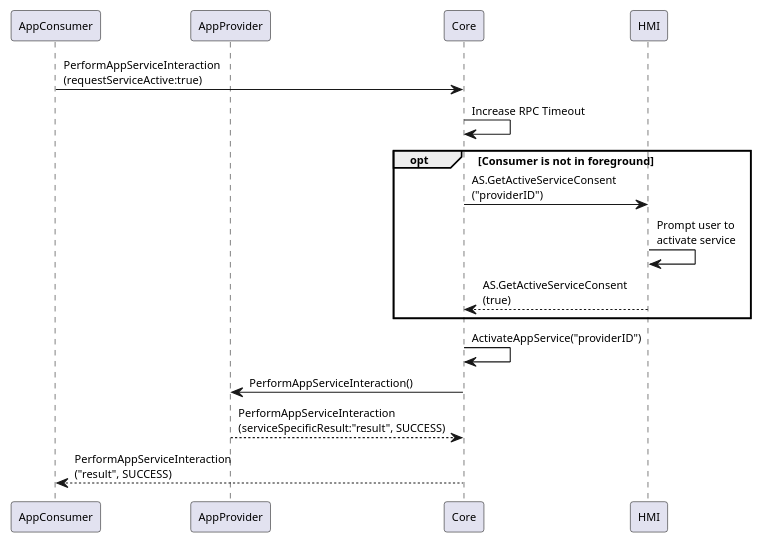
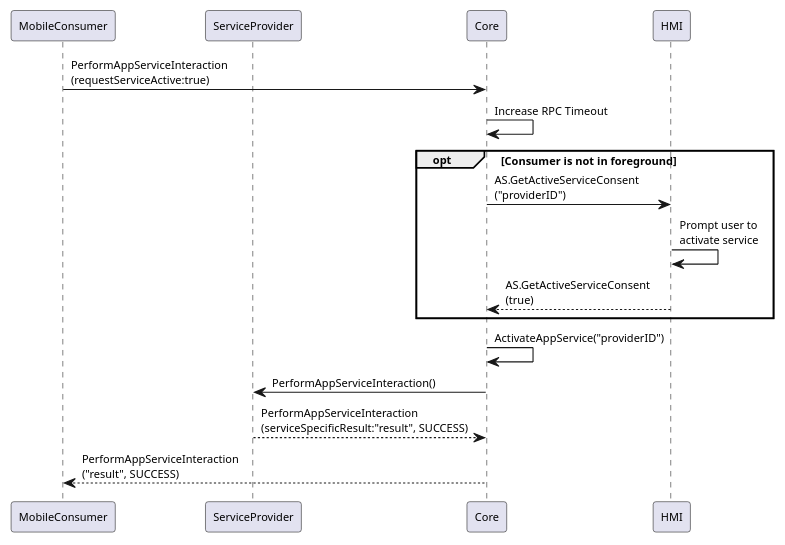
Before and after one commit to smartdevicelink/sdl_hmi_integration_guidelines: the diagram in docs/AppService/GetActiveServiceConsent/assets/GetActiveServiceConsent_Allow.puml, drawn with PlantUML. The commit also changed 7 other files, not shown here.

```diff
--- a/docs/AppService/GetActiveServiceConsent/assets/GetActiveServiceConsent_Allow.puml
+++ b/docs/AppService/GetActiveServiceConsent/assets/GetActiveServiceConsent_Allow.puml
@@ -1,23 +1,23 @@
 @startuml
 
 skinparam ParticipantPadding 36
 skinparam defaultFontSize 10
 
-participant AppConsumer
-participant AppProvider
+participant MobileConsumer
+participant ServiceProvider
 participant Core
 participant HMI
 
-AppConsumer -> Core : PerformAppServiceInteraction\n(requestServiceActive:true)
+MobileConsumer -> Core : PerformAppServiceInteraction\n(requestServiceActive:true)
 Core -> Core : Increase RPC Timeout
 opt Consumer is not in foreground
   Core -> HMI : AS.GetActiveServiceConsent\n("providerID")
   HMI -> HMI : Prompt user to \nactivate service
   HMI --> Core : AS.GetActiveServiceConsent\n(true)
 end
 Core -> Core : ActivateAppService("providerID")
-Core -> AppProvider : PerformAppServiceInteraction()
-AppProvider --> Core : PerformAppServiceInteraction\n(serviceSpecificResult:"result", SUCCESS)
+Core -> ServiceProvider : PerformAppServiceInteraction()
+ServiceProvider --> Core : PerformAppServiceInteraction\n(serviceSpecificResult:"result", SUCCESS)
 
-Core --> AppConsumer : PerformAppServiceInteraction\n("result", SUCCESS)
+Core --> MobileConsumer : PerformAppServiceInteraction\n("result", SUCCESS)
 @enduml
```
